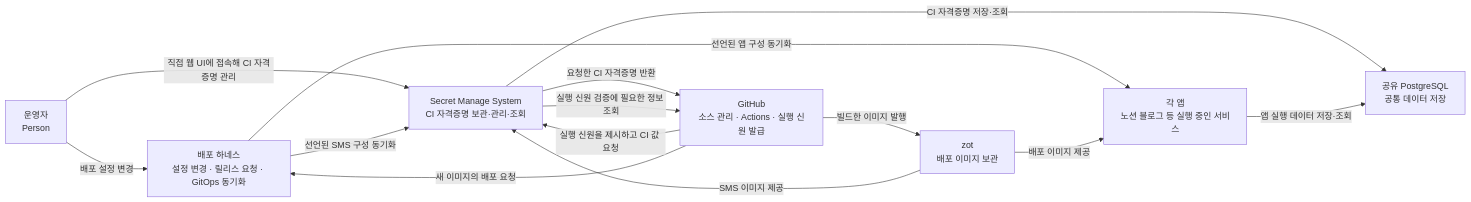
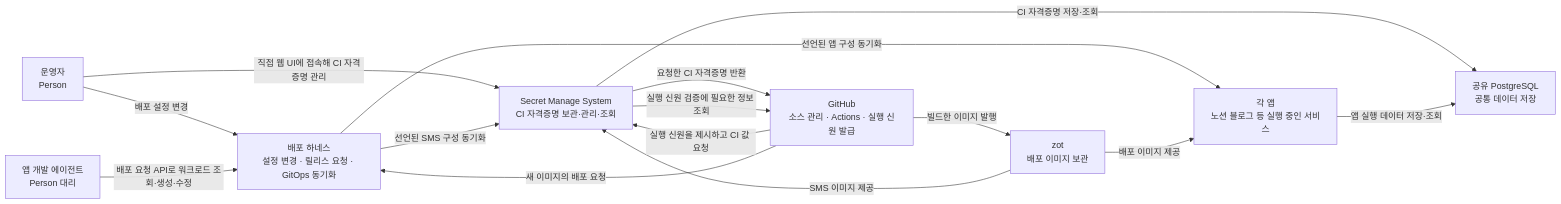
The first of 2 diagrams in SYSTEM_DESIGN.md (robinjoon-homelab/Simple-K3S-Herness), drawn with Mermaid before and after one commit. The commit also changed other lines of this file and 8 other files, not shown here.

````diff
--- a/SYSTEM_DESIGN.md
+++ b/SYSTEM_DESIGN.md
@@ -43,24 +43,26 @@
 ```mermaid
 flowchart LR
     operator["운영자<br/>Person"]
+    agent["앱 개발 에이전트<br/>Person 대리"]
     github["GitHub<br/>소스 관리 · Actions · 실행 신원 발급"]
     harness["배포 하네스<br/>설정 변경 · 릴리스 요청 · GitOps 동기화"]
     sms["Secret Manage System<br/>CI 자격증명 보관·관리·조회"]
     registry["zot<br/>배포 이미지 보관"]
     database["공유 PostgreSQL<br/>공통 데이터 저장"]
     apps["각 앱<br/>노션 블로그 등 실행 중인 서비스"]
 
     operator -->|"배포 설정 변경"| harness
+    agent -->|"배포 요청 API로 워크로드 조회·생성·수정"| harness
     operator -->|"직접 웹 UI에 접속해 CI 자격증명 관리"| sms
     harness -->|"선언된 SMS 구성 동기화"| sms
     github -->|"실행 신원을 제시하고 CI 값 요청"| sms
     sms -->|"요청한 CI 자격증명 반환"| github
     sms -->|"실행 신원 검증에 필요한 정보 조회"| github
     github -->|"빌드한 이미지 발행"| registry
     github -->|"새 이미지의 배포 요청"| harness
     harness -->|"선언된 앱 구성 동기화"| apps
     registry -->|"배포 이미지 제공"| apps
     registry -->|"SMS 이미지 제공"| sms
     sms -->|"CI 자격증명 저장·조회"| database
     apps -->|"앱 실행 데이터 저장·조회"| database
 ```
````
